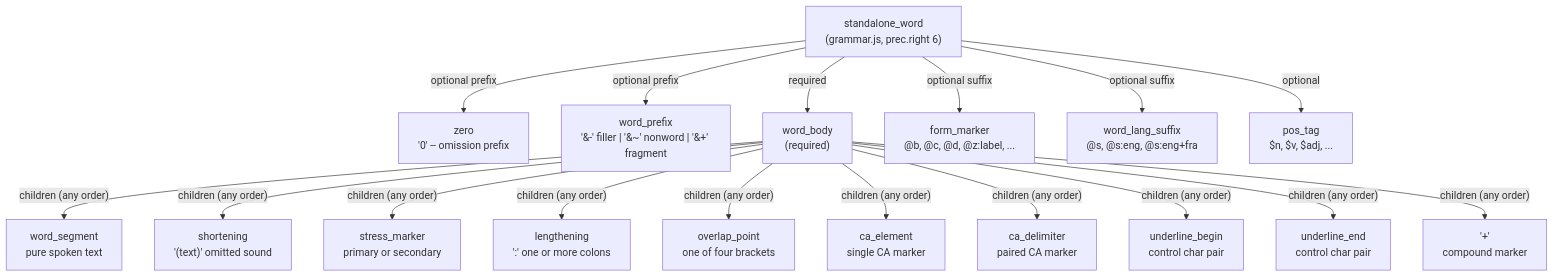
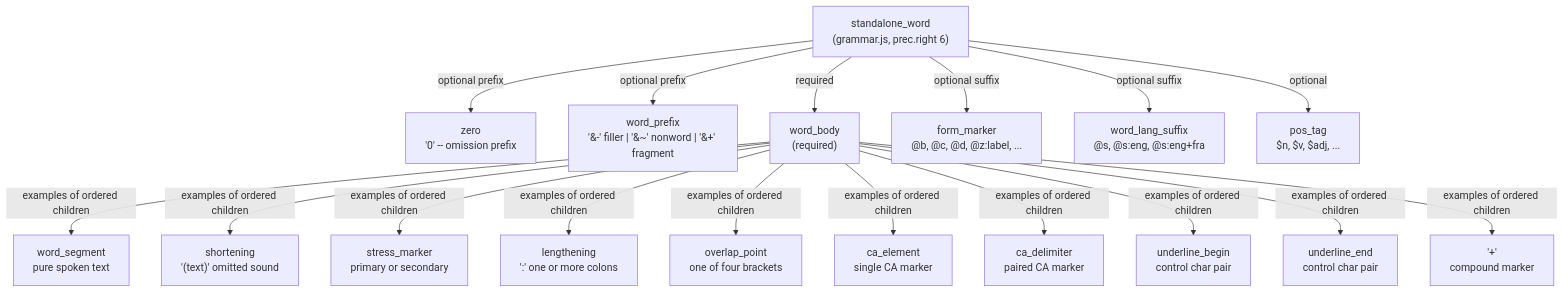
One commit to TalkBank/chatter changed the diagram in book/src/chat-format/word-internals.md. Above: the diagram before and after it, drawn with Mermaid. The commit also changed other lines of this file and 950 other files, not shown here.

````diff
--- a/book/src/chat-format/word-internals.md
+++ b/book/src/chat-format/word-internals.md
@@ -38,30 +40,30 @@
 ```mermaid
 flowchart TD
     sw["standalone_word\n(grammar.js, prec.right 6)"]
 
     zero["zero\n'0' -- omission prefix"]
     wp["word_prefix\n'&amp;-' filler | '&amp;~' nonword | '&amp;+' fragment"]
 
     wb["word_body\n(required)"]
     fm["form_marker\n@b, @c, @d, @z:label, ..."]
     wls["word_lang_suffix\n@s, @s:eng, @s:eng+fra"]
     pos["pos_tag\n$n, $v, $adj, ..."]
 
     sw -->|"optional prefix"| zero & wp
     sw -->|"required"| wb
     sw -->|"optional suffix"| fm & wls
     sw -->|"optional"| pos
 
     ws["word_segment\npure spoken text"]
     short["shortening\n'(text)' omitted sound"]
     sm["stress_marker\nprimary or secondary"]
     len["lengthening\n':' one or more colons"]
     op["overlap_point\none of four brackets"]
     cae["ca_element\nsingle CA marker"]
     cad["ca_delimiter\npaired CA marker"]
     ub["underline_begin\ncontrol char pair"]
     ue["underline_end\ncontrol char pair"]
     cm["'+'\ncompound marker"]
 
-    wb -->|"children (any order)"| ws & short & sm & len & op & cae & cad & ub & ue & cm
+    wb -->|"examples of ordered children"| ws & short & sm & len & op & cae & cad & ub & ue & cm
 ```
````
